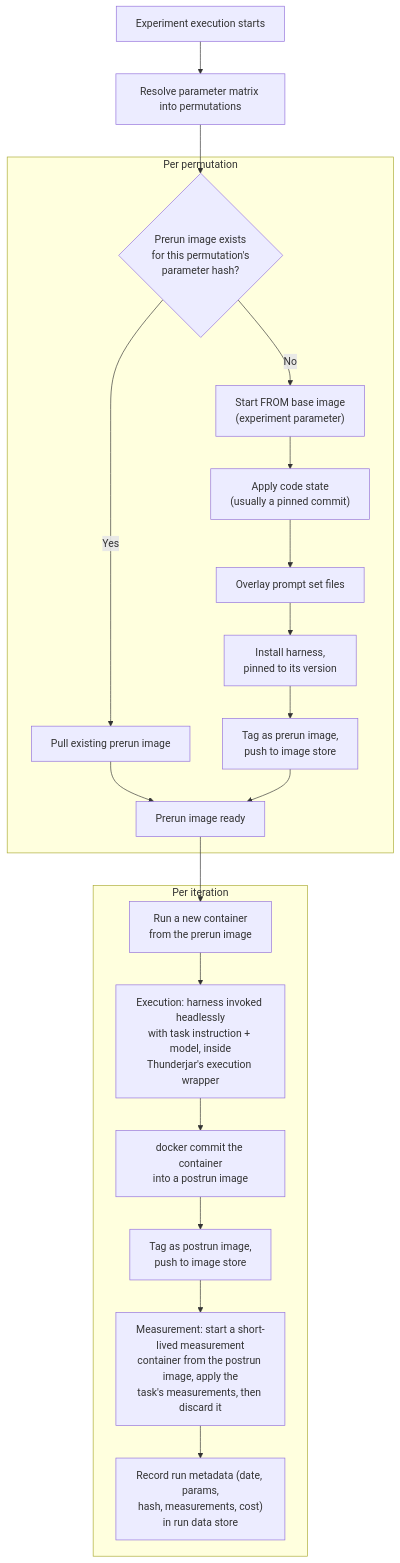
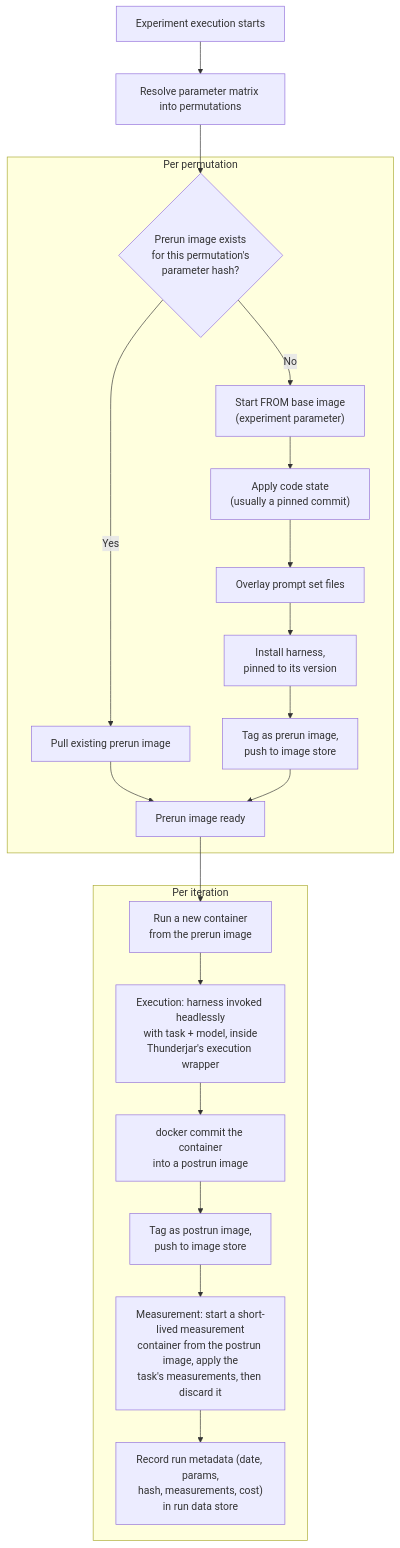
The diagram in 080-docker-execution.md (dwjohnston/thunderjar), drawn with Mermaid before and after one commit. The commit also changed 8 other files, not shown here.

First line of the commit message:
Rename task instruction to task; add configuration folder structure

````diff
--- a/080-docker-execution.md
+++ b/080-docker-execution.md
@@ -11,28 +11,28 @@
 ```mermaid
 flowchart TD
     A["Experiment execution starts"] --> B["Resolve parameter matrix into permutations"]
     B --> C
 
     subgraph PERM["Per permutation"]
         C{"Prerun image exists<br/>for this permutation's<br/>parameter hash?"}
         C -- Yes --> D["Pull existing prerun image"]
         C -- No --> E["Start FROM base image<br/>(experiment parameter)"]
         E --> F["Apply code state<br/>(usually a pinned commit)"]
         F --> G["Overlay prompt set files"]
         G --> H["Install harness,<br/>pinned to its version"]
         H --> I["Tag as prerun image,<br/>push to image store"]
         D --> J["Prerun image ready"]
         I --> J
     end
 
     subgraph ITER["Per iteration"]
         K["Run a new container<br/>from the prerun image"]
-        K --> L["Execution: harness invoked headlessly<br/>with task instruction + model, inside<br/>Thunderjar's execution wrapper"]
+        K --> L["Execution: harness invoked headlessly<br/>with task + model, inside<br/>Thunderjar's execution wrapper"]
         L --> M["docker commit the container<br/>into a postrun image"]
         M --> N["Tag as postrun image,<br/>push to image store"]
         N --> O["Measurement: start a short-lived measurement<br/>container from the postrun image, apply the<br/>task's measurements, then discard it"]
         O --> P["Record run metadata (date, params,<br/>hash, measurements, cost)<br/>in run data store"]
     end
 
     J --> K
 ```
````
